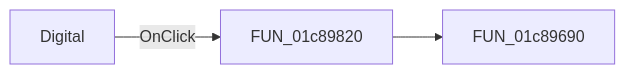
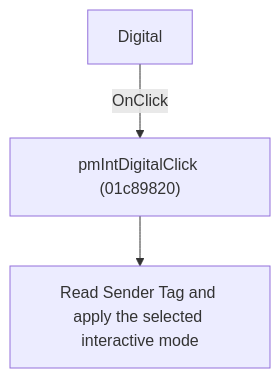
One commit to MovGP0/TIARA changed the diagram in docs/ui-controls/schematiceditor/mnintdigital-5ef3c9d615.md. Above: the diagram before and after it, drawn with Mermaid. The commit also changed other lines of this file and 1062 other files, not shown here.

````diff
--- a/docs/ui-controls/schematiceditor/mnintdigital-5ef3c9d615.md
+++ b/docs/ui-controls/schematiceditor/mnintdigital-5ef3c9d615.md
@@ -27,5 +27,5 @@
 ```mermaid
-flowchart LR
-    control["Digital"] -->|OnClick| handler["FUN_01c89820"]
-    handler --> call1["FUN_01c89690"]
+flowchart TD
+    control["Digital"] -->|"OnClick"| handler["pmIntDigitalClick (01c89820)"]
+    handler --> action["Read Sender Tag and apply the selected interactive mode"]
 ```
````
